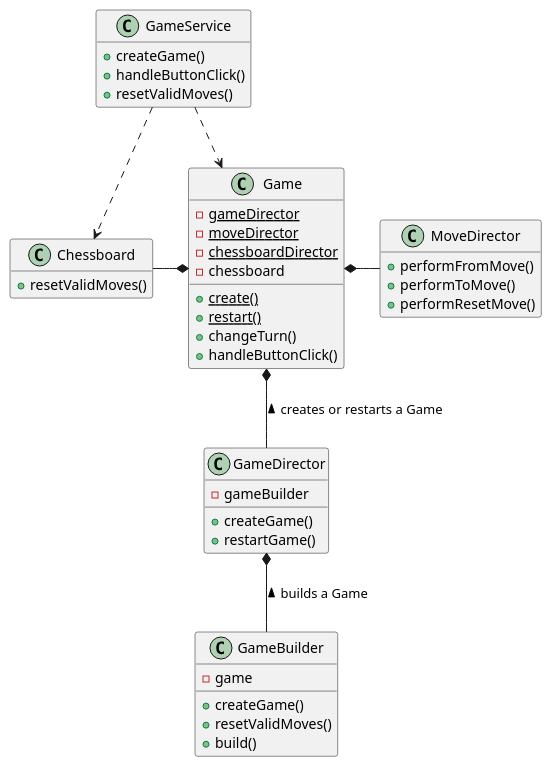
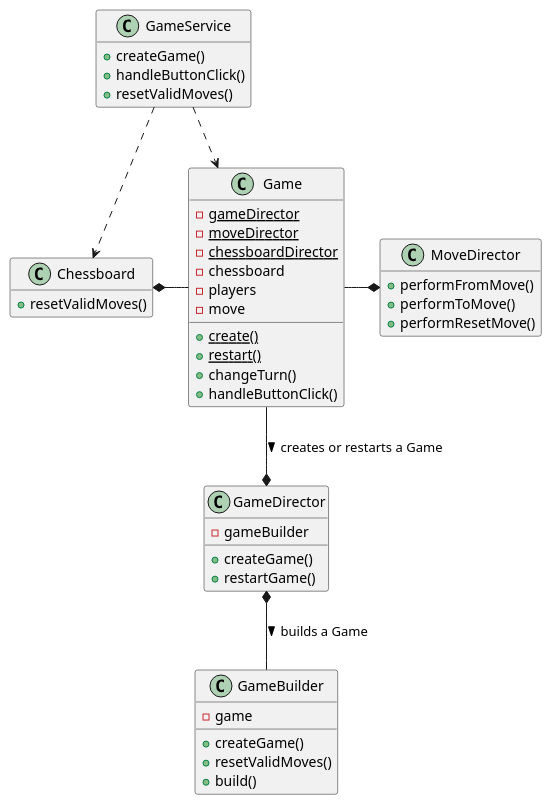
One commit to tiktaalick/chess-with-database changed the diagram in game/src/main/resources/uml/game.puml. Above: the diagram before and after it, drawn with PlantUML. The commit also changed 6 other files, not shown here.

```diff
--- a/game/src/main/resources/uml/game.puml
+++ b/game/src/main/resources/uml/game.puml
@@ -1,61 +1,63 @@
 @startuml
 
 '--------------'
 'Hidden members'
 '--------------'
 hide empty members
 
 '----'
 'Game'
 '----'
 class Game {
     - {static} gameDirector
     - {static} moveDirector
     - {static} chessboardDirector
     - chessboard
+    - players
+    - move
     + {static} create()
     + {static} restart()
     + changeTurn()
     + handleButtonClick()
 }
 
 class GameDirector {
     - gameBuilder
     + createGame()
     + restartGame()
 }
 
 class GameBuilder {
     - game
     + createGame()
     + resetValidMoves()
     + build()
 }
 
 class GameService {
     + createGame()
     + handleButtonClick()
     + resetValidMoves()
 }
 
 class Chessboard {
     + resetValidMoves()
 }
 
 class MoveDirector {
     + performFromMove()
     + performToMove()
     + performResetMove()
 }
 
 '---------'
 'Relations'
 '---------'
 GameService ..> Game
 GameService ..> Chessboard
-Game *-left- Chessboard
-Game *-right- MoveDirector
-Game *-- GameDirector : creates or restarts a Game <
-GameDirector *-- GameBuilder : builds a Game <
+Game -left-* Chessboard
+Game -right-* MoveDirector
+Game --* GameDirector : creates or restarts a Game >
+GameDirector *-- GameBuilder : builds a Game >
 
 @enduml
```
